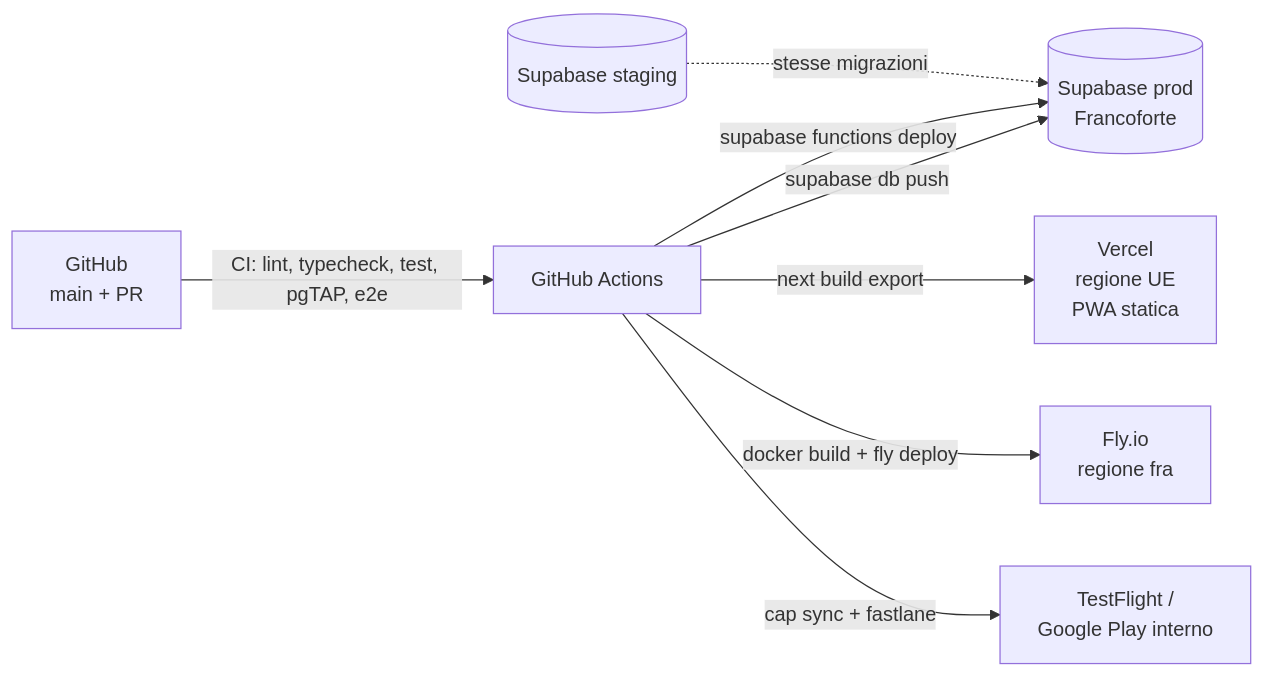
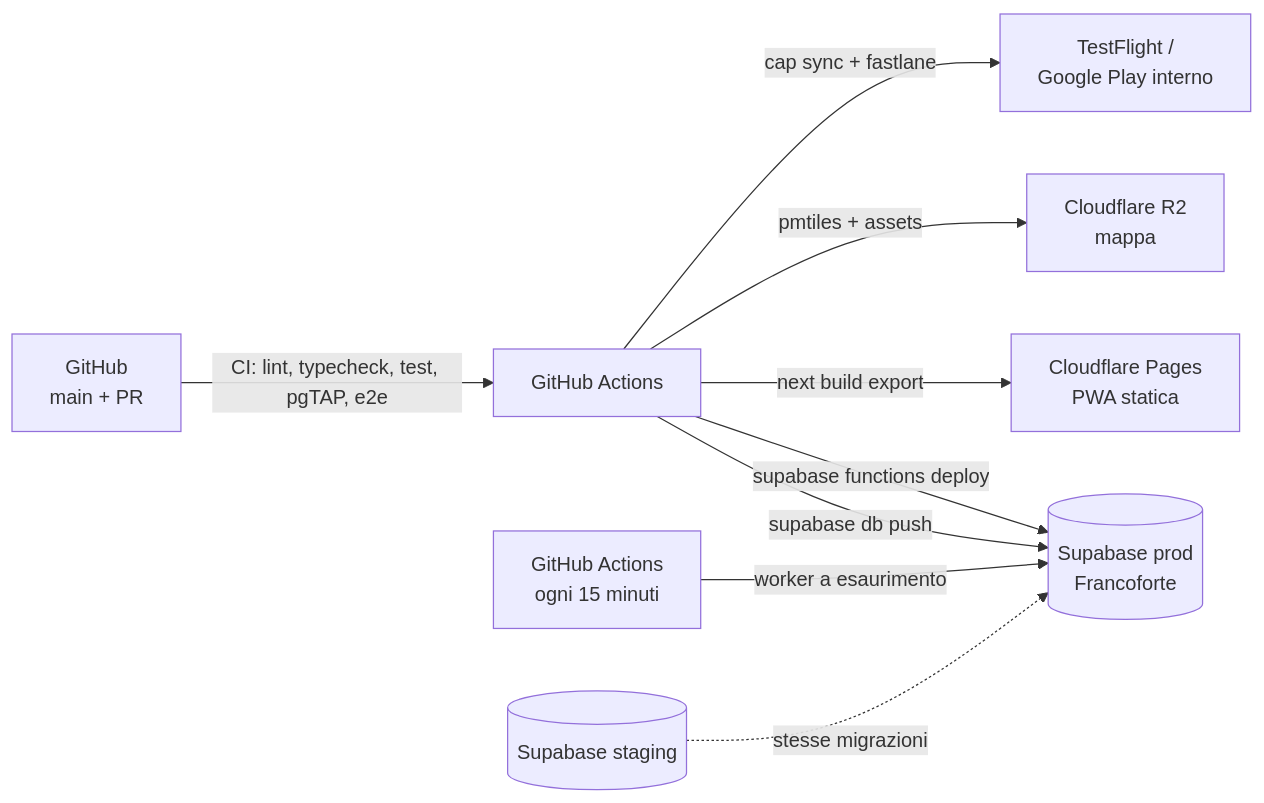
One commit to MatteoParrella/noxa changed the seventh of 7 diagrams in docs/ARCHITECTURE.md. Above: the diagram before and after it, drawn with Mermaid. The commit also changed other lines of this file and 10 other files, not shown here.

````diff
--- a/docs/ARCHITECTURE.md
+++ b/docs/ARCHITECTURE.md
@@ -319,10 +319,11 @@
 ```mermaid
 flowchart LR
     GH[GitHub<br/>main + PR] -->|CI: lint, typecheck, test, pgTAP, e2e| CI[GitHub Actions]
     CI -->|supabase db push| SBP[(Supabase prod<br/>Francoforte)]
     CI -->|supabase functions deploy| SBP
-    CI -->|next build export| VER[Vercel<br/>regione UE<br/>PWA statica]
-    CI -->|docker build + fly deploy| FLY[Fly.io<br/>regione fra]
+    CI -->|next build export| CFP[Cloudflare Pages<br/>PWA statica]
+    CI -->|pmtiles + assets| R2[Cloudflare R2<br/>mappa]
+    CRONGH[GitHub Actions<br/>ogni 15 minuti] -->|worker a esaurimento| SBP
     CI -->|cap sync + fastlane| STORE[TestFlight /<br/>Google Play interno]
     SBS[(Supabase staging)] -.stesse migrazioni.-> SBP
 ```
````
